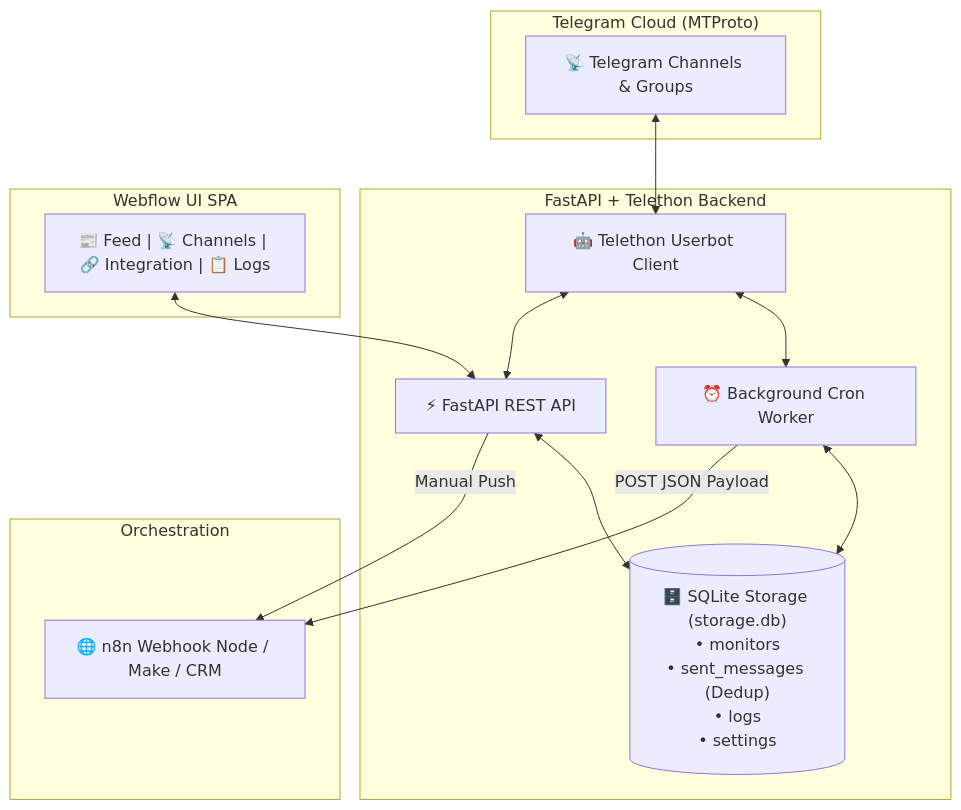
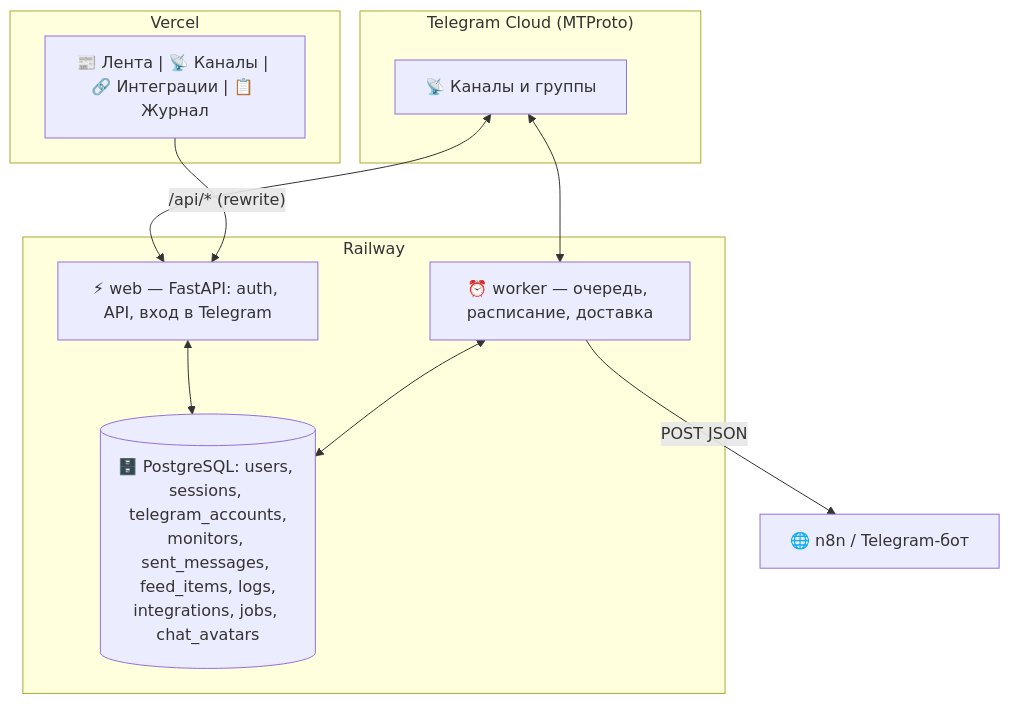
The diagram in README.md (Asmadey/telegram-monitor-n8n-bridge), drawn with Mermaid before and after one commit. The commit also changed other lines of this file and 7 other files, not shown here.

````diff
--- a/README.md
+++ b/README.md
@@ -54,30 +67,25 @@
 ```mermaid
 flowchart TD
     subgraph Telegram ["Telegram Cloud (MTProto)"]
-        TG_Channels["📡 Telegram Channels & Groups"]
+        TG["📡 Каналы и группы"]
     end
 
-    subgraph App ["FastAPI + Telethon Backend"]
-        Worker["⏰ Background Cron Worker"]
-        API["⚡ FastAPI REST API"]
-        Telethon["🤖 Telethon Userbot Client"]
-        DB[("🗄️ SQLite Storage (storage.db)\n• monitors\n• sent_messages (Dedup)\n• logs\n• settings")]
+    subgraph Railway ["Railway"]
+        API["⚡ web — FastAPI: auth, API, вход в Telegram"]
+        W["⏰ worker — очередь, расписание, доставка"]
+        DB[("🗄️ PostgreSQL: users, sessions, telegram_accounts,\nmonitors, sent_messages, feed_items, logs,\nintegrations, jobs, chat_avatars")]
     end
 
-    subgraph Frontend ["Webflow UI SPA"]
-        UI["📰 Feed | 📡 Channels | 🔗 Integration | 📋 Logs"]
+    subgraph Vercel ["Vercel"]
+        UI["📰 Лента | 📡 Каналы | 🔗 Интеграции | 📋 Журнал"]
     end
 
-    subgraph Automation ["Orchestration"]
-        N8N["🌐 n8n Webhook Node / Make / CRM"]
-    end
+    N8N["🌐 n8n / Telegram-бот"]
 
-    TG_Channels <--> Telethon
-    Telethon <--> Worker
-    Telethon <--> API
+    TG <--> W
+    TG <--> API
     API <--> DB
-    Worker <--> DB
-    UI <--> API
-    Worker -->|POST JSON Payload| N8N
-    API -->|Manual Push| N8N
+    W <--> DB
+    UI -->|"/api/* (rewrite)"| API
+    W -->|POST JSON| N8N
 ```
````
